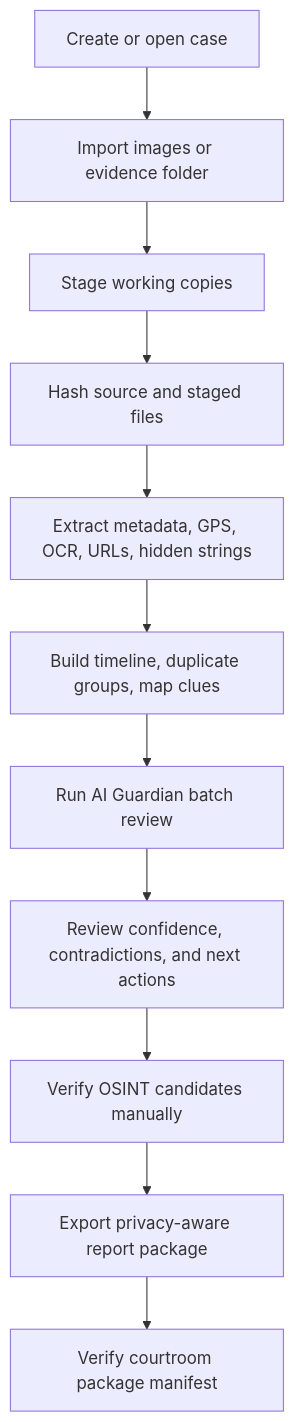
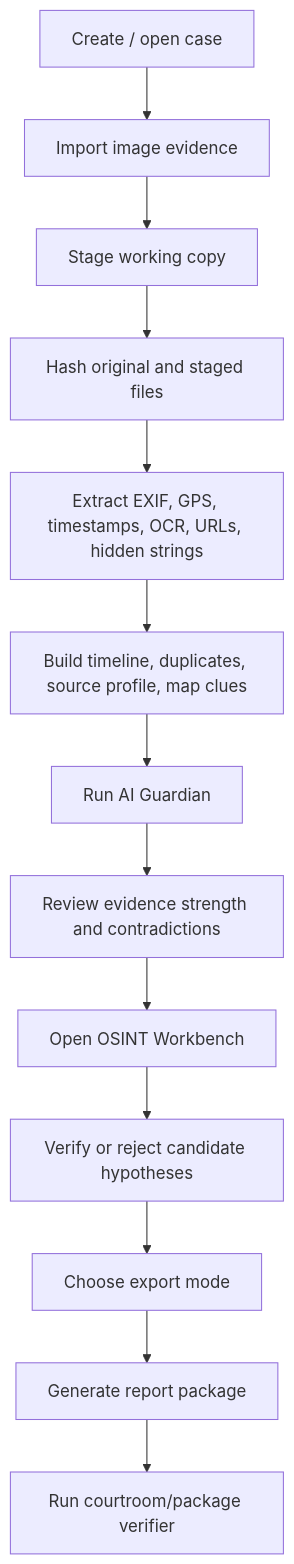
Before and after one commit to bavlybibo/geotrace-forensics: the fourth of 4 diagrams in README.md, drawn with Mermaid. The commit also changed other lines of this file, not shown here.

````diff
--- a/README.md
+++ b/README.md
@@ -370,13 +343,15 @@
 ```mermaid
 flowchart TD
-    A[Create or open case] --> B[Import images or evidence folder]
-    B --> C[Stage working copies]
-    C --> D[Hash source and staged files]
-    D --> E[Extract metadata, GPS, OCR, URLs, hidden strings]
-    E --> F[Build timeline, duplicate groups, map clues]
-    F --> G[Run AI Guardian batch review]
-    G --> H[Review confidence, contradictions, and next actions]
-    H --> I[Verify OSINT candidates manually]
-    I --> J[Export privacy-aware report package]
-    J --> K[Verify courtroom package manifest]
+    A[Create / open case] --> B[Import image evidence]
+    B --> C[Stage working copy]
+    C --> D[Hash original and staged files]
+    D --> E[Extract EXIF, GPS, timestamps, OCR, URLs, hidden strings]
+    E --> F[Build timeline, duplicates, source profile, map clues]
+    F --> G[Run AI Guardian]
+    G --> H[Review evidence strength and contradictions]
+    H --> I[Open OSINT Workbench]
+    I --> J[Verify or reject candidate hypotheses]
+    J --> K[Choose export mode]
+    K --> L[Generate report package]
+    L --> M[Run courtroom/package verifier]
 ```
````
